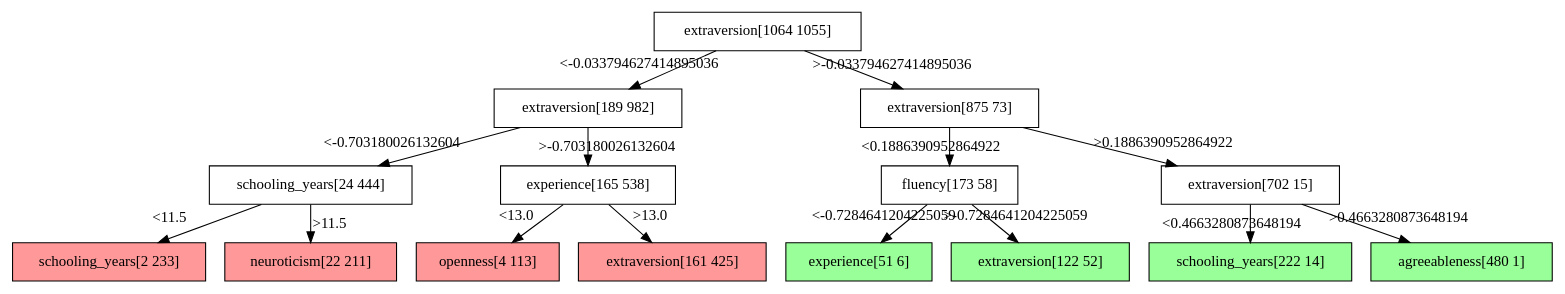
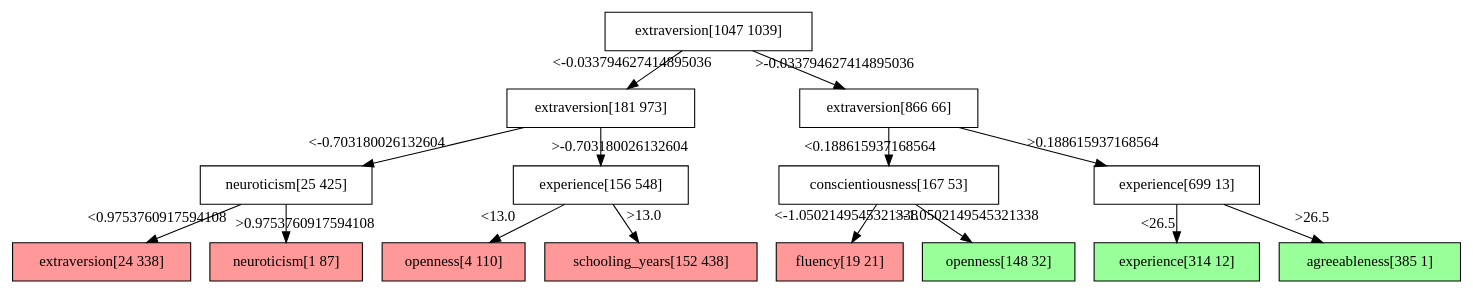
One commit to Poojabl26/Programming-Project changed the diagram in skills_and_wages/bld/out/analysis/decision_tree.dot. Above: the diagram before and after it, drawn with Graphviz. The commit also changed 23 other files, not shown here.

```diff
--- a/skills_and_wages/bld/out/analysis/decision_tree.dot
+++ b/skills_and_wages/bld/out/analysis/decision_tree.dot
@@ -1,32 +1,32 @@
 digraph Tree {
 node [shape=box, style="filled", color="black"] ;
-0 [ label="extraversion[1064 1055]" , fillcolor="#ffffff"] ;
-1 [ label="extraversion[189 982]" , fillcolor="#ffffff"] ;
+0 [ label="extraversion[1047 1039]" , fillcolor="#ffffff"] ;
+1 [ label="extraversion[181 973]" , fillcolor="#ffffff"] ;
 0->1 [labeldistance=2.5, labelangle=45, headlabel="<-0.033794627414895036"] ;
-3 [ label="schooling_years[24 444]" , fillcolor="#ffffff"] ;
+3 [ label="neuroticism[25 425]" , fillcolor="#ffffff"] ;
 1->3 [labeldistance=2.5, labelangle=45, headlabel="<-0.703180026132604"] ;
-5 [ label="schooling_years[2 233]" , fillcolor="#ff9999"] ;
-3->5 [labeldistance=2.5, labelangle=45, headlabel="<11.5"] ;
-6 [ label="neuroticism[22 211]" , fillcolor="#ff9999"] ;
-3->6 [labeldistance=2.5, labelangle=-45, headlabel=">11.5"] ;
-4 [ label="experience[165 538]" , fillcolor="#ffffff"] ;
+5 [ label="extraversion[24 338]" , fillcolor="#ff9999"] ;
+3->5 [labeldistance=2.5, labelangle=45, headlabel="<0.9753760917594108"] ;
+6 [ label="neuroticism[1 87]" , fillcolor="#ff9999"] ;
+3->6 [labeldistance=2.5, labelangle=-45, headlabel=">0.9753760917594108"] ;
+4 [ label="experience[156 548]" , fillcolor="#ffffff"] ;
 1->4 [labeldistance=2.5, labelangle=-45, headlabel=">-0.703180026132604"] ;
-7 [ label="openness[4 113]" , fillcolor="#ff9999"] ;
+7 [ label="openness[4 110]" , fillcolor="#ff9999"] ;
 4->7 [labeldistance=2.5, labelangle=45, headlabel="<13.0"] ;
-8 [ label="extraversion[161 425]" , fillcolor="#ff9999"] ;
+8 [ label="schooling_years[152 438]" , fillcolor="#ff9999"] ;
 4->8 [labeldistance=2.5, labelangle=-45, headlabel=">13.0"] ;
-2 [ label="extraversion[875 73]" , fillcolor="#ffffff"] ;
+2 [ label="extraversion[866 66]" , fillcolor="#ffffff"] ;
 0->2 [labeldistance=2.5, labelangle=-45, headlabel=">-0.033794627414895036"] ;
-9 [ label="fluency[173 58]" , fillcolor="#ffffff"] ;
-2->9 [labeldistance=2.5, labelangle=45, headlabel="<0.1886390952864922"] ;
-11 [ label="experience[51 6]" , fillcolor="#99ff99"] ;
-9->11 [labeldistance=2.5, labelangle=45, headlabel="<-0.7284641204225059"] ;
-12 [ label="extraversion[122 52]" , fillcolor="#99ff99"] ;
-9->12 [labeldistance=2.5, labelangle=-45, headlabel=">-0.7284641204225059"] ;
-10 [ label="extraversion[702 15]" , fillcolor="#ffffff"] ;
-2->10 [labeldistance=2.5, labelangle=-45, headlabel=">0.1886390952864922"] ;
-13 [ label="schooling_years[222 14]" , fillcolor="#99ff99"] ;
-10->13 [labeldistance=2.5, labelangle=45, headlabel="<0.4663280873648194"] ;
-14 [ label="agreeableness[480 1]" , fillcolor="#99ff99"] ;
-10->14 [labeldistance=2.5, labelangle=-45, headlabel=">0.4663280873648194"] ;
+9 [ label="conscientiousness[167 53]" , fillcolor="#ffffff"] ;
+2->9 [labeldistance=2.5, labelangle=45, headlabel="<0.188615937168564"] ;
+11 [ label="fluency[19 21]" , fillcolor="#ff9999"] ;
+9->11 [labeldistance=2.5, labelangle=45, headlabel="<-1.0502149545321338"] ;
+12 [ label="openness[148 32]" , fillcolor="#99ff99"] ;
+9->12 [labeldistance=2.5, labelangle=-45, headlabel=">-1.0502149545321338"] ;
+10 [ label="experience[699 13]" , fillcolor="#ffffff"] ;
+2->10 [labeldistance=2.5, labelangle=-45, headlabel=">0.188615937168564"] ;
+13 [ label="experience[314 12]" , fillcolor="#99ff99"] ;
+10->13 [labeldistance=2.5, labelangle=45, headlabel="<26.5"] ;
+14 [ label="agreeableness[385 1]" , fillcolor="#99ff99"] ;
+10->14 [labeldistance=2.5, labelangle=-45, headlabel=">26.5"] ;
 }
```
